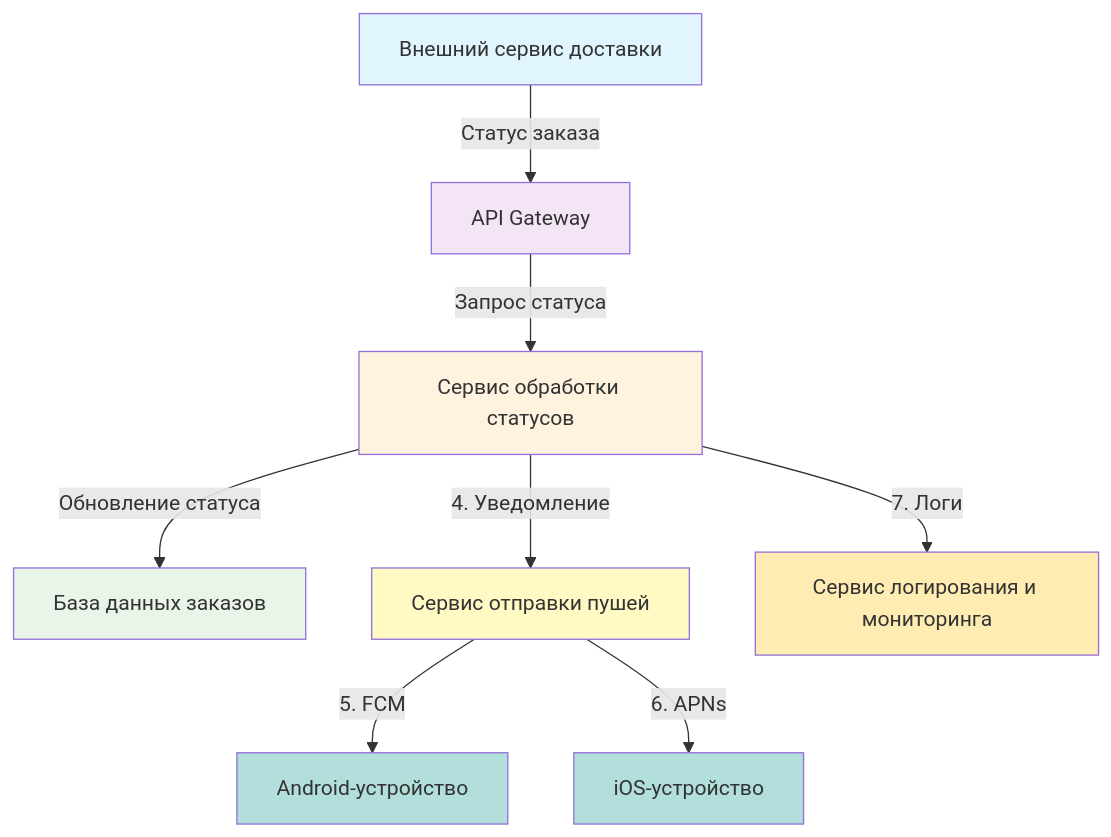
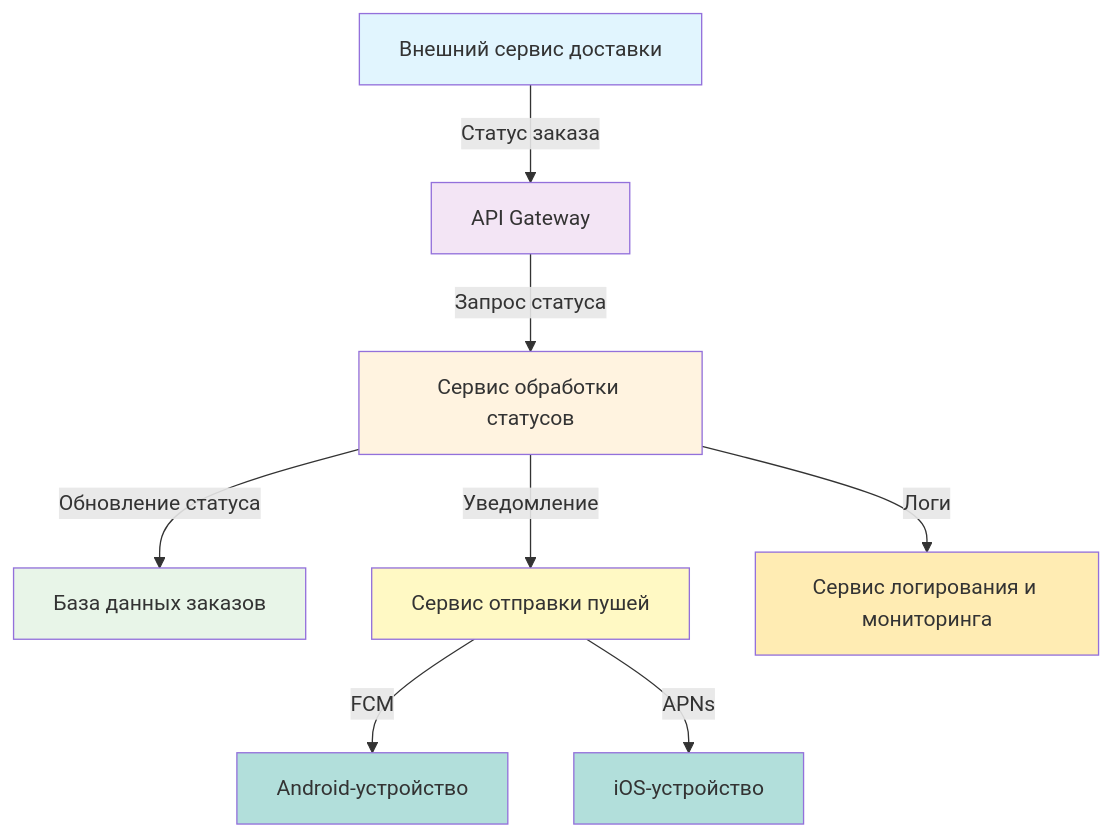
One commit to Irimi666/test_task changed the diagram in docs/integration-API.md. Above: the diagram before and after it, drawn with Mermaid.

Commit message:
diagram test

````diff
--- a/docs/integration-API.md
+++ b/docs/integration-API.md
@@ -186,20 +186,20 @@
 ```mermaid
 graph TD
     A[Внешний сервис доставки] -->|Статус заказа|B[API Gateway]
     B -->|Запрос статуса|C[Сервис обработки статусов]
-    C -->|Обновление статуса| D[База данных заказов]
-    C -->|4. Уведомление| E[Сервис отправки пушей]
-    E -->|5. FCM| F[Android-устройство]
-    E -->|6. APNs| G[iOS-устройство]
-    C -->|7. Логи| H[Сервис логирования и мониторинга]
+    C -->|Обновление статуса|D[База данных заказов]
+    C -->|Уведомление|E[Сервис отправки пушей]
+    E -->|FCM|F[Android-устройство]
+    E -->|APNs|G[iOS-устройство]
+    C -->|Логи|H[Сервис логирования и мониторинга]
   
 
     style A fill:#e1f5fe
     style B fill:#f3e5f5
     style C fill:#fff3e0
     style D fill:#e8f5e8
     style E fill:#fff9c4
     style F fill:#b2dfdb
     style G fill:#b2dfdb
     style H fill:#ffecb3
 ```
````
